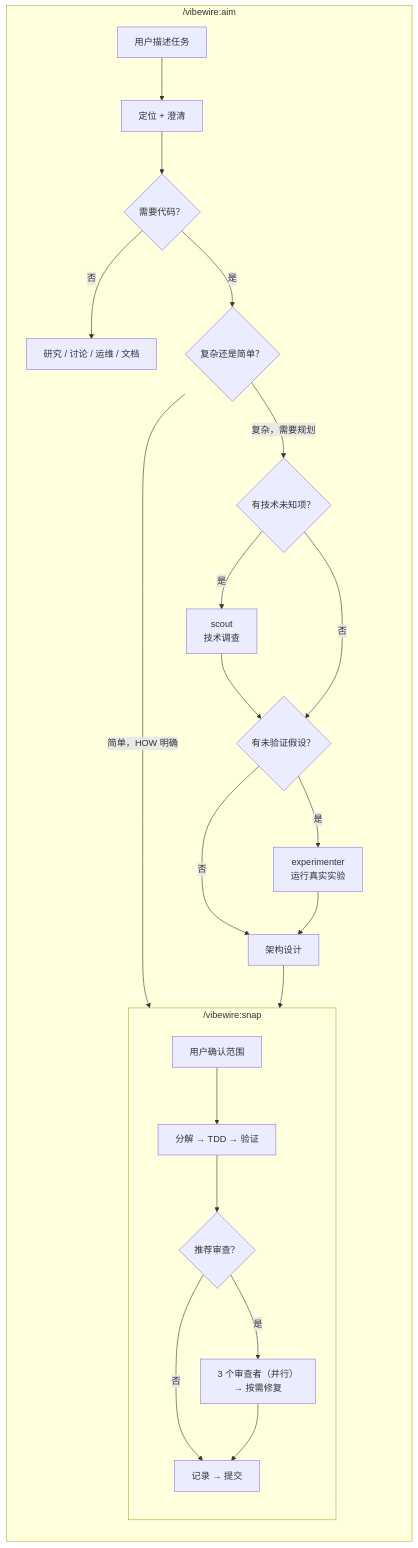
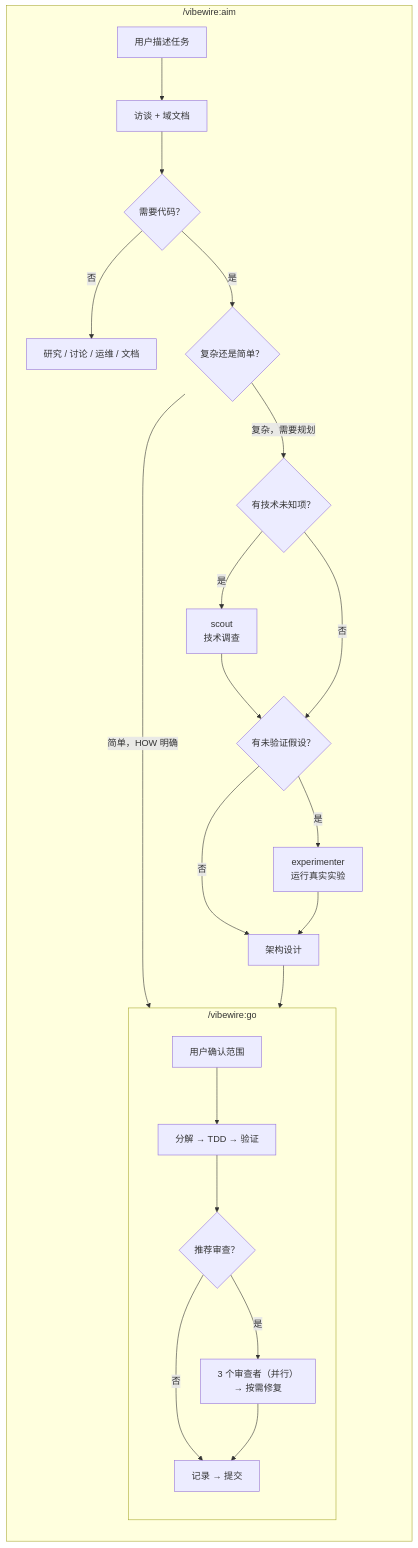
The diagram in README.zh-CN.md (owniai/vibewire), drawn with Mermaid before and after one commit. The commit also changed other lines of this file and 19 other files, not shown here.

````diff
--- a/README.zh-CN.md
+++ b/README.zh-CN.md
@@ -142,33 +145,33 @@
 ```mermaid
 flowchart TD
     subgraph aim["/vibewire:aim"]
         direction TB
-        A0[用户描述任务] --> A1[定位 + 澄清]
+        A0[用户描述任务] --> A1[访谈 + 域文档]
         A1 --> A2{需要代码？}
         A2 -- 否 --> A3["研究 / 讨论 / 运维 / 文档"]
         A2 -- 是 --> A4{复杂还是简单？}
         A4 -- 复杂，需要规划 --> A5{有技术未知项？}
-        A4 -- 简单，HOW 明确 --> snapflow
+        A4 -- 简单，HOW 明确 --> goflow
 
         A5 -- 是 --> A6["scout
         技术调查"]
         A6 --> A7{有未验证假设？}
         A5 -- 否 --> A7
         A7 -- 是 --> A8["experimenter
         运行真实实验"]
         A7 -- 否 --> A9[架构设计]
         A8 --> A9
     end
 
-    A9 --> snapflow
+    A9 --> goflow
 
-    subgraph snapflow["/vibewire:snap"]
+    subgraph goflow["/vibewire:go"]
         direction TB
         S0[用户确认范围] --> S1["分解 → TDD → 验证"]
         S1 --> S2{推荐审查？}
         S2 -- 是 --> S3["3 个审查者（并行）
         → 按需修复"]
         S2 -- 否 --> S4[记录 → 提交]
         S3 --> S4
     end
 ```
````
